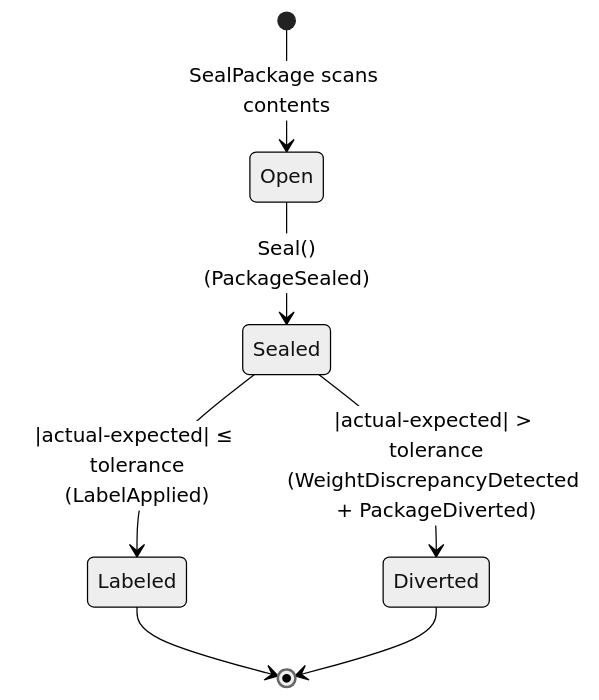
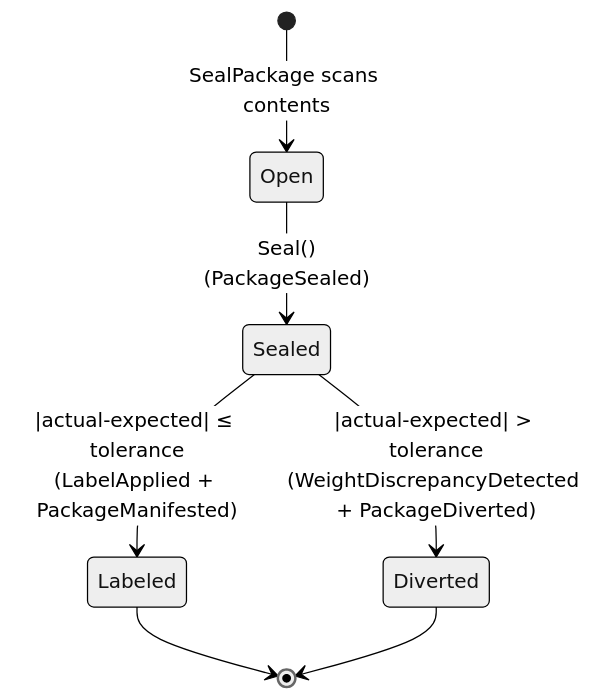
One commit to claudioed/fulfillment-execution changed the second of 2 diagrams in docs/docs/overview/task-lifecycle.md. Above: the diagram before and after it, drawn with Mermaid (neutral theme). The commit also changed other lines of this file and 24 other files, not shown here.

````diff
--- a/docs/docs/overview/task-lifecycle.md
+++ b/docs/docs/overview/task-lifecycle.md
@@ -106,9 +118,9 @@
 ```mermaid
 stateDiagram-v2
     [*] --> Open: SealPackage scans contents
     Open --> Sealed: Seal()<br/>(PackageSealed)
-    Sealed --> Labeled: |actual-expected| ≤ tolerance<br/>(LabelApplied)
+    Sealed --> Labeled: |actual-expected| ≤ tolerance<br/>(LabelApplied + PackageManifested)
     Sealed --> Diverted: |actual-expected| > tolerance<br/>(WeightDiscrepancyDetected + PackageDiverted)
     Labeled --> [*]
     Diverted --> [*]
 ```
````
